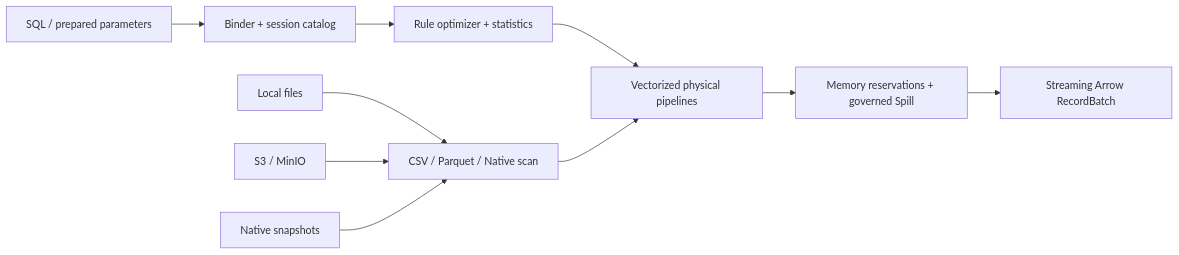
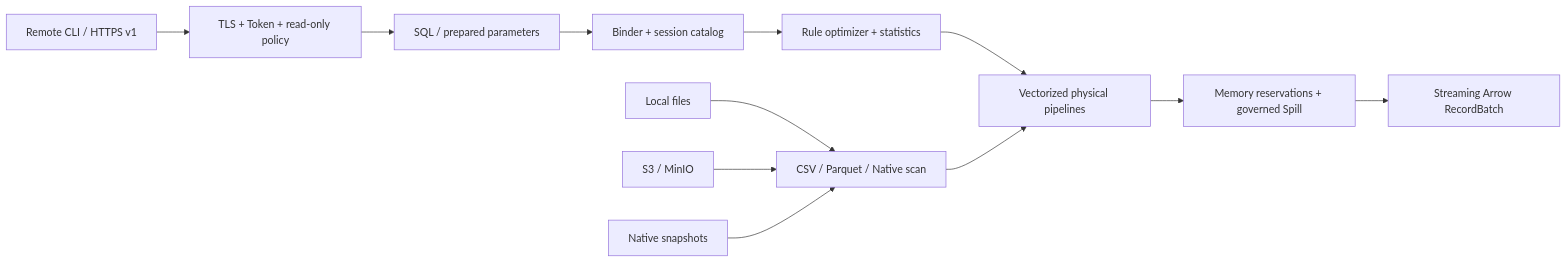
One commit to SamuelSupe/RustDB changed the diagram in README.md. Above: the diagram before and after it, drawn with Mermaid. The commit also changed other lines of this file and 68 other files, not shown here.

Commit message:
feat: add read-only HTTP shell

````diff
--- a/README.md
+++ b/README.md
@@ -254,12 +304,14 @@
 ```mermaid
 flowchart LR
-    SQL["SQL / prepared parameters"] --> Binder["Binder + session catalog"]
+    Remote["Remote CLI / HTTPS v1"] --> Guard["TLS + Token + read-only policy"]
+    Guard --> SQL["SQL / prepared parameters"]
+    SQL --> Binder["Binder + session catalog"]
     Binder --> Optimizer["Rule optimizer + statistics"]
     Optimizer --> Pipelines["Vectorized physical pipelines"]
     Local["Local files"] --> Scan["CSV / Parquet / Native scan"]
     S3["S3 / MinIO"] --> Scan
     Native["Native snapshots"] --> Scan
     Scan --> Pipelines
     Pipelines --> Memory["Memory reservations + governed Spill"]
     Memory --> Arrow["Streaming Arrow RecordBatch"]
 ```
````
